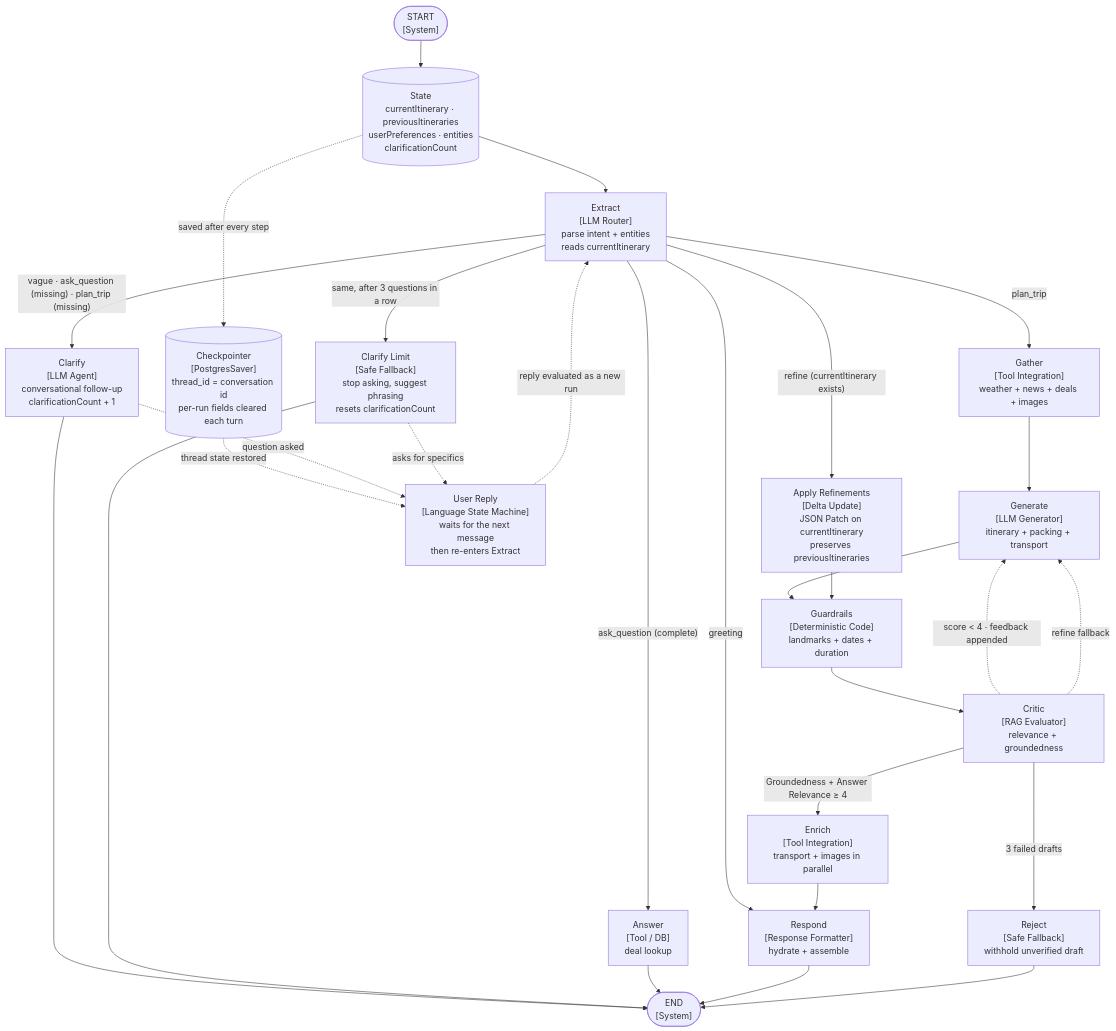
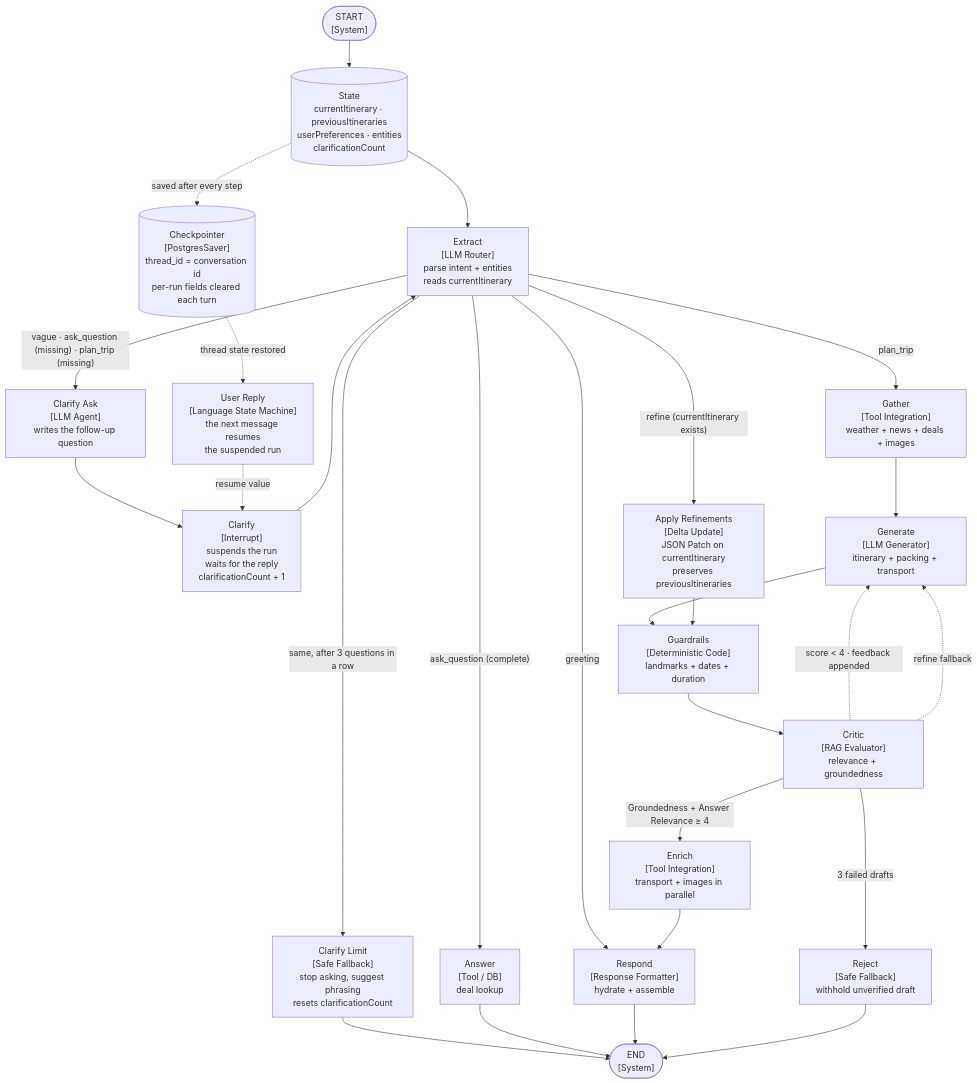
Before and after one commit to hadileonard08/jalan: the diagram in README.md, drawn with Mermaid. The commit also changed other lines of this file and 6 other files, not shown here.

First line of the commit message:
Make the clarification loop a real in-graph loop with interrupt().

````diff
--- a/README.md
+++ b/README.md
@@ -66,69 +66,69 @@
 ```mermaid
 flowchart TD
     START(["START<br/>[System]"])
     END(["END<br/>[System]"])
 
     state[("State<br/>currentItinerary · previousItineraries<br/>userPreferences · entities<br/>clarificationCount")]
     checkpointer[("Checkpointer<br/>[PostgresSaver]<br/>thread_id = conversation id<br/>per-run fields cleared each turn")]
     extract["Extract<br/>[LLM Router]<br/>parse intent + entities<br/>reads currentItinerary"]
-    clarify["Clarify<br/>[LLM Agent]<br/>conversational follow-up<br/>clarificationCount + 1"]
+    clarifyAsk["Clarify Ask<br/>[LLM Agent]<br/>writes the follow-up question"]
+    clarify["Clarify<br/>[Interrupt]<br/>suspends the run<br/>waits for the reply<br/>clarificationCount + 1"]
     clarifyLimit["Clarify Limit<br/>[Safe Fallback]<br/>stop asking, suggest phrasing<br/>resets clarificationCount"]
     gather["Gather<br/>[Tool Integration]<br/>weather + news + deals + images"]
     generate["Generate<br/>[LLM Generator]<br/>itinerary + packing + transport"]
     applyRefinements["Apply Refinements<br/>[Delta Update]<br/>JSON Patch on currentItinerary<br/>preserves previousItineraries"]
     guardrails["Guardrails<br/>[Deterministic Code]<br/>landmarks + dates + duration"]
     critic["Critic<br/>[RAG Evaluator]<br/>relevance + groundedness"]
     enrich["Enrich<br/>[Tool Integration]<br/>transport + images in parallel"]
     answer["Answer<br/>[Tool / DB]<br/>deal lookup"]
     respond["Respond<br/>[Response Formatter]<br/>hydrate + assemble"]
     reject["Reject<br/>[Safe Fallback]<br/>withhold unverified draft"]
-    userReply["User Reply<br/>[Language State Machine]<br/>waits for the next message<br/>then re-enters Extract"]
+    userReply["User Reply<br/>[Language State Machine]<br/>the next message resumes<br/>the suspended run"]
 
     %% Entry — the thread's state is restored before Extract runs
     START --> state
     state --> extract
 
     %% Persistence: state survives between turns, so a run can pause at END
     state -.->|"saved after every step"| checkpointer
     checkpointer -.->|"thread state restored"| userReply
 
     %% Extract routing — consolidated labels to avoid overlap
     extract -->|"greeting"| respond
-    extract -->|"vague · ask_question (missing) · plan_trip (missing)"| clarify
+    extract -->|"vague · ask_question (missing) · plan_trip (missing)"| clarifyAsk
     extract -->|"same, after 3 questions in a row"| clarifyLimit
     extract -->|"ask_question (complete)"| answer
     extract -->|"plan_trip"| gather
     extract -->|"refine (currentItinerary exists)"| applyRefinements
 
-    %% Clarifications and direct answers are already final responses
-    clarify --> END
+    %% Direct answers and the loop-guard fallback are final responses
     clarifyLimit --> END
     answer --> END
 
-    %% Dotted edges cross the request boundary. The clarification exchange is a
-    %% language state machine: Clarify ends the run, the user's reply arrives as
-    %% the next request, and it re-enters Extract with the same thread — up to
-    %% MAX_CLARIFICATIONS = 3 in a row before Clarify Limit takes over.
-    clarify -.->|"question asked"| userReply
-    clarifyLimit -.->|"asks for specifics"| userReply
-    userReply -.->|"reply evaluated as a new run"| extract
+    %% The clarification loop, entirely inside the graph: Clarify Ask writes the
+    %% question, Clarify suspends the run with interrupt(), and the user's reply
+    %% resumes it straight back into Extract — up to MAX_CLARIFICATIONS = 3 in a
+    %% row, after which the router diverts to Clarify Limit.
+    clarifyAsk --> clarify
+    clarify --> extract
+    userReply -.->|"resume value"| clarify
 
     %% Main pipeline — Gather clears the clarification streak
     gather --> generate
     generate --> guardrails
     applyRefinements --> guardrails
     guardrails --> critic
 
     %% Critic routing — approval goes to enrichment; rejection loops back to generation
     critic -->|"Groundedness + Answer Relevance ≥ 4"| enrich
     critic -.->|"score < 4 · feedback appended"| generate
     critic -.->|"refine fallback"| generate
     critic -->|"3 failed drafts"| reject
 
     %% Enrichment runs transport + images concurrently, then responds
     enrich --> respond
 
     %% Terminal
     respond --> END
     reject --> END
 ```
````
